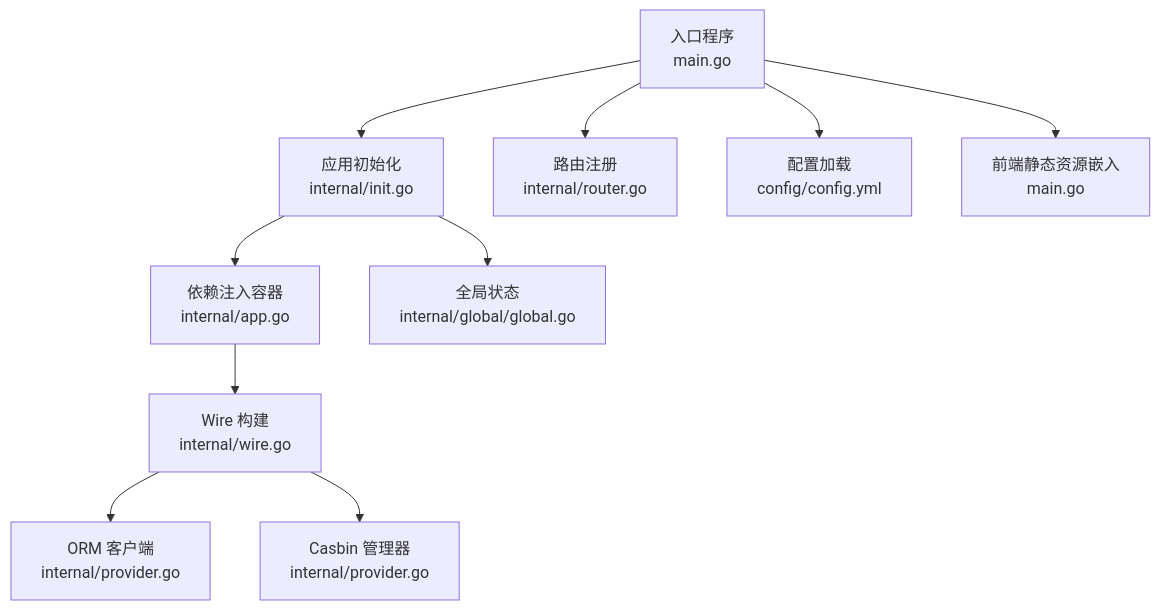
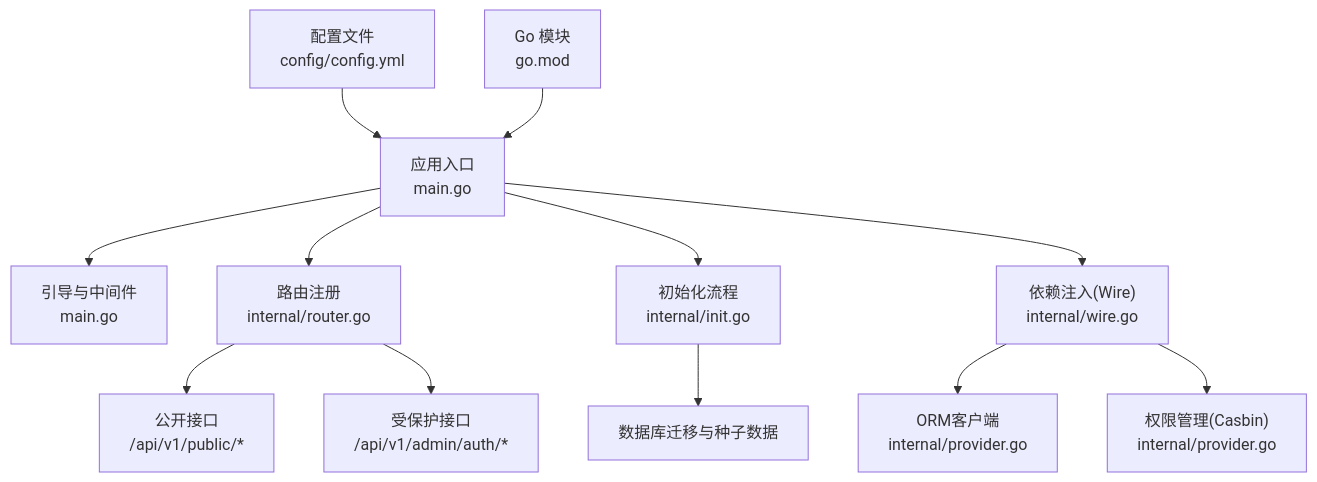
One commit to wuwuseo/e-sports-go-admin changed the first of 4 diagrams in .qoder/repowiki/zh/content/快速开始.md. Above: the diagram before and after it, drawn with Mermaid. The commit also changed other lines of this file and 115 other files, not shown here.

````diff
--- a/.qoder/repowiki/zh/content/快速开始.md
+++ b/.qoder/repowiki/zh/content/快速开始.md
@@ -42,12 +38,14 @@
 ```mermaid
 graph TB
-A["入口程序<br/>main.go"] --> B["应用初始化<br/>internal/init.go"]
+A["应用入口<br/>main.go"] --> B["引导与中间件<br/>main.go"]
 A --> C["路由注册<br/>internal/router.go"]
-A --> D["配置加载<br/>config/config.yml"]
-B --> E["依赖注入容器<br/>internal/app.go"]
-E --> F["Wire 构建<br/>internal/wire.go"]
-F --> G["ORM 客户端<br/>internal/provider.go"]
-F --> H["Casbin 管理器<br/>internal/provider.go"]
-B --> I["全局状态<br/>internal/global/global.go"]
-A --> J["前端静态资源嵌入<br/>main.go"]
+A --> D["初始化流程<br/>internal/init.go"]
+A --> E["依赖注入(Wire)<br/>internal/wire.go"]
+E --> F["ORM客户端<br/>internal/provider.go"]
+E --> G["权限管理(Casbin)<br/>internal/provider.go"]
+C --> H["公开接口<br/>/api/v1/public/*"]
+C --> I["受保护接口<br/>/api/v1/admin/auth/*"]
+D --> J["数据库迁移与种子数据"]
+K["配置文件<br/>config/config.yml"] --> A
+L["Go 模块<br/>go.mod"] --> A
 ```
````
